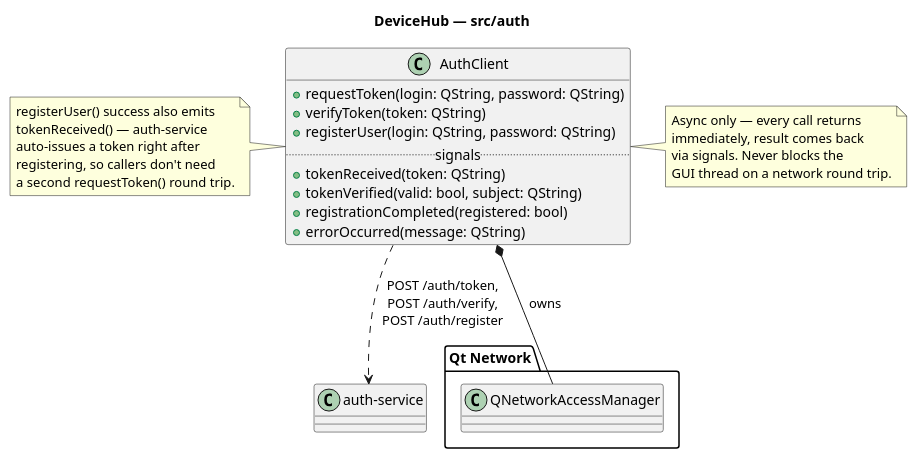
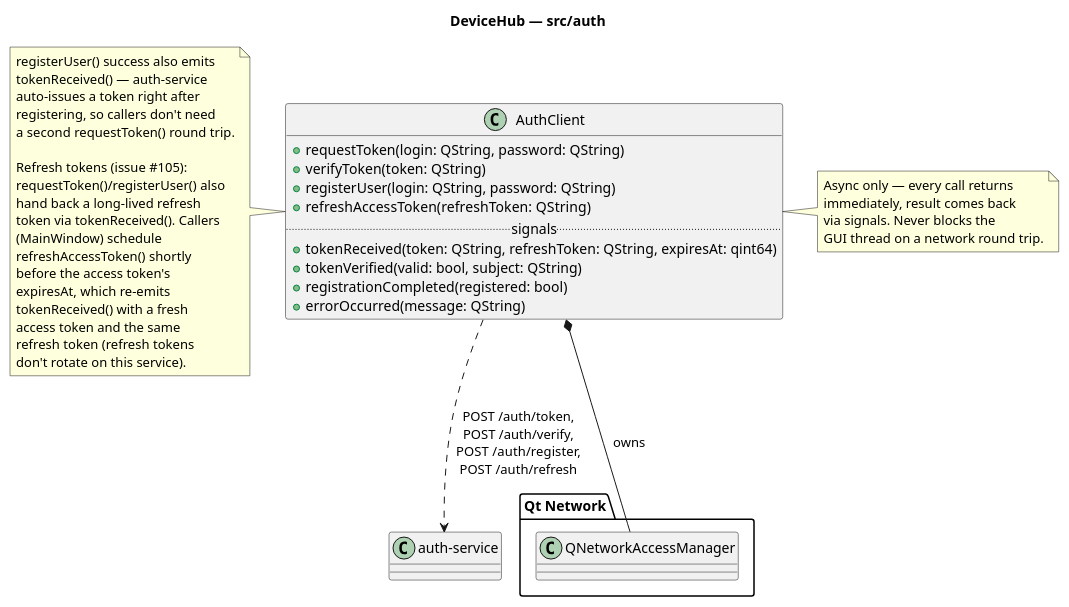
Before and after one commit to NekrasovIS/Exp: the diagram in docs/diagrams/auth.puml, drawn with PlantUML. The commit also changed 14 other files, not shown here.

First line of the commit message:
[105] Refresh tokens: don't force re-login when the access token expires

```diff
--- a/docs/diagrams/auth.puml
+++ b/docs/diagrams/auth.puml
@@ -1,36 +1,50 @@
 @startuml auth
 title DeviceHub — src/auth
 
 package "Qt Network" {
   class QNetworkAccessManager
 }
 
 class AuthClient {
   +requestToken(login: QString, password: QString)
   +verifyToken(token: QString)
   +registerUser(login: QString, password: QString)
+  +refreshAccessToken(refreshToken: QString)
   .. signals ..
-  +tokenReceived(token: QString)
+  +tokenReceived(token: QString, refreshToken: QString, expiresAt: qint64)
   +tokenVerified(valid: bool, subject: QString)
   +registrationCompleted(registered: bool)
   +errorOccurred(message: QString)
 }
 AuthClient *-- QNetworkAccessManager : owns
-AuthClient ..> "auth-service" : POST /auth/token,\nPOST /auth/verify,\nPOST /auth/register
+AuthClient ..> "auth-service" : POST /auth/token,\nPOST /auth/verify,\nPOST /auth/register,\nPOST /auth/refresh
 
 note left of AuthClient
   registerUser() success also emits
   tokenReceived() — auth-service
   auto-issues a token right after
   registering, so callers don't need
   a second requestToken() round trip.
+
+  Refresh tokens (issue #105):
+  requestToken()/registerUser() also
+  hand back a long-lived refresh
+  token via tokenReceived(). Callers
+  (MainWindow) schedule
+  refreshAccessToken() shortly
+  before the access token's
+  expiresAt, which re-emits
+  tokenReceived() with a fresh
+  access token and the same
+  refresh token (refresh tokens
+  don't rotate on this service).
 end note
 
 note right of AuthClient
   Async only — every call returns
   immediately, result comes back
   via signals. Never blocks the
   GUI thread on a network round trip.
 end note
 
 @enduml
```
